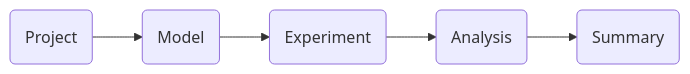
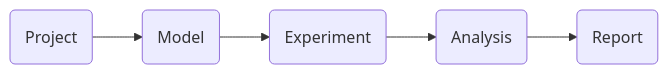
Before and after one commit to easyscience/diffraction-lib: the diagram in docs/docs/user-guide/analysis-workflow/index.md, drawn with Mermaid. The commit also changed other lines of this file and 17 other files, not shown here.

````diff
--- a/docs/docs/user-guide/analysis-workflow/index.md
+++ b/docs/docs/user-guide/analysis-workflow/index.md
@@ -6,12 +6,12 @@
 ```mermaid
 flowchart LR
     a(Project)
     b(Model)
     c(Experiment)
     d(Analysis)
-    e(Summary)
+    e(Report)
     a --> b
     b --> c
     c --> d
     d --> e
 ```
````
